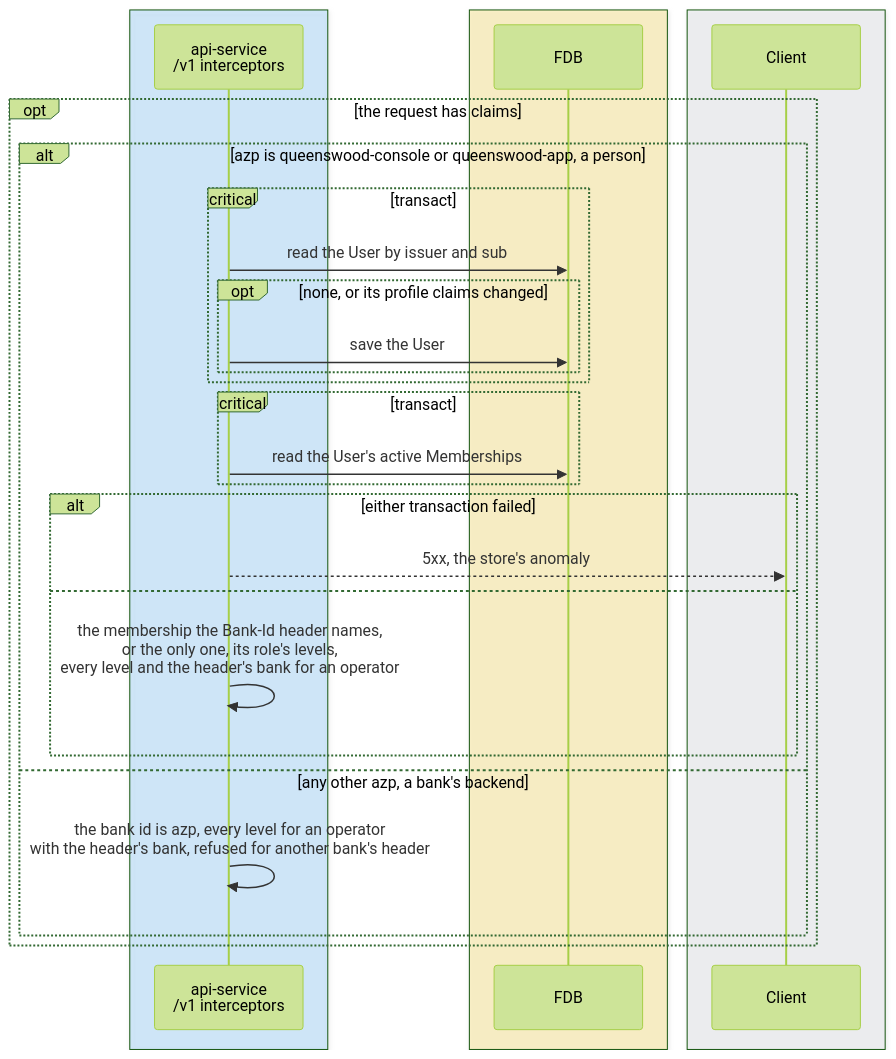
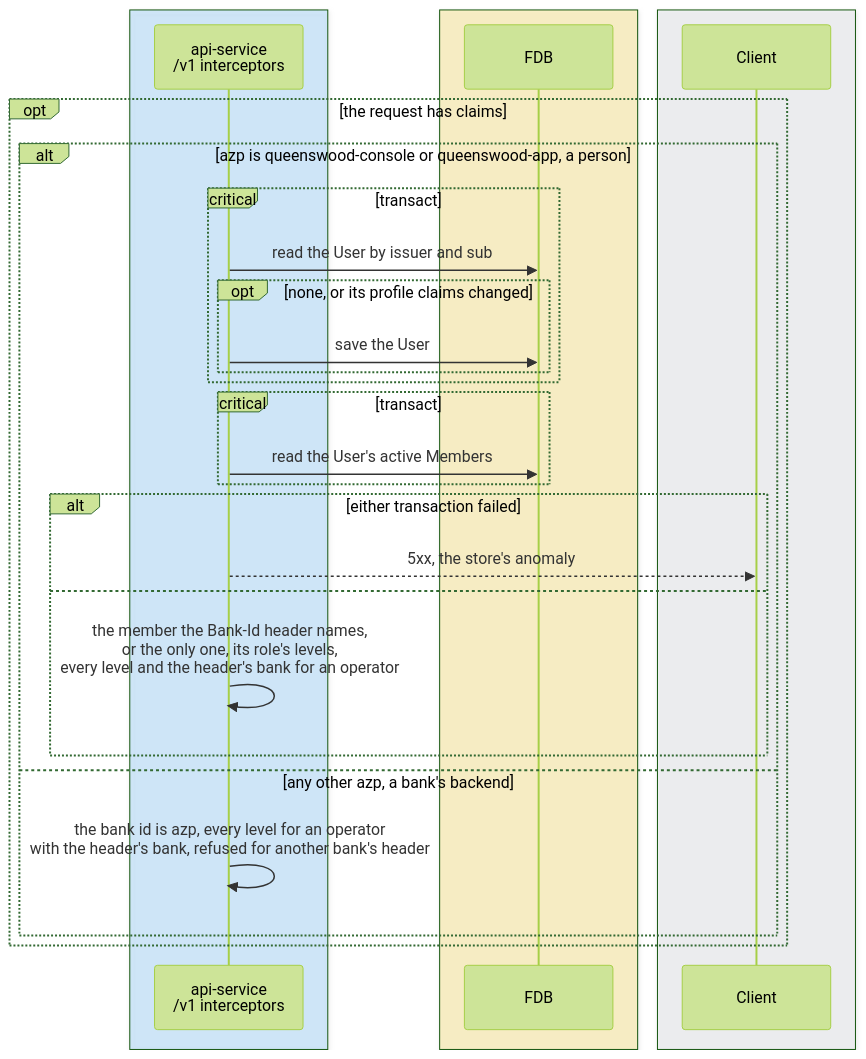
Before and after one commit to repldriven/queenswood: the fourth of 5 diagrams in docs/tdd/service-apis.md, drawn with Mermaid (forest theme). The commit also changed other lines of this file and 1030 other files, not shown here.

First line of the commit message:
Lay out every record one way, publish the API as the records hold it, and store EDN as transit (#851)

````diff
--- a/docs/tdd/service-apis.md
+++ b/docs/tdd/service-apis.md
@@ -463,32 +463,32 @@
 ```mermaid
 sequenceDiagram
     box rgba(165, 216, 255, 0.45)
     participant API as api-service<br/>/v1 interceptors
     end
     box rgba(255, 236, 153, 0.5)
     participant DB as FDB
     end
     box rgba(233, 236, 239, 0.5)
     participant C as Client
     end
     opt the request has claims
     alt azp is queenswood-console or queenswood-app, a person
     critical transact
     API->>DB: read the User by issuer and sub
     opt none, or its profile claims changed
     API->>DB: save the User
     end
     end
     critical transact
-    API->>DB: read the User's active Memberships
+    API->>DB: read the User's active Members
     end
     alt either transaction failed
     API-->>C: 5xx, the store's anomaly
     else
-    API->>API: the membership the Bank-Id header names,<br/>or the only one, its role's levels,<br/>every level and the header's bank for an operator
+    API->>API: the member the Bank-Id header names,<br/>or the only one, its role's levels,<br/>every level and the header's bank for an operator
     end
     else any other azp, a bank's backend
     API->>API: the bank id is azp, every level for an operator<br/>with the header's bank, refused for another bank's header
     end
     end
 ```
````
